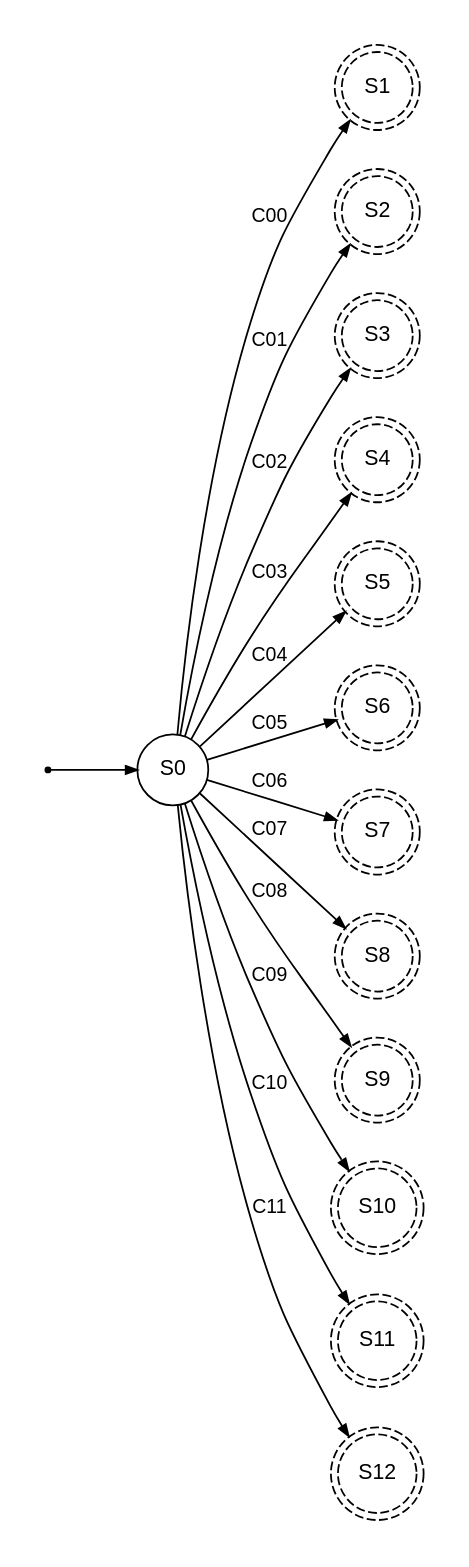
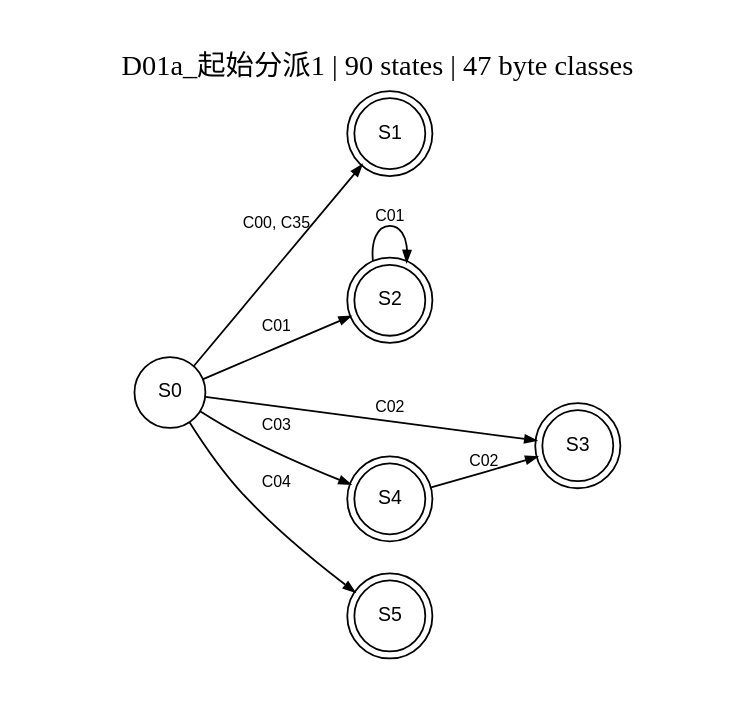
One commit to EternalLonging/AAACompilerDevelopment changed the diagram in 实验设计/LL1与图示/矢量图/D01a_起始分派1.dot. Above: the diagram before and after it, drawn with Graphviz. The commit also changed 86 other files, not shown here.

```diff
--- a/实验设计/LL1与图示/矢量图/D01a_起始分派1.dot
+++ b/实验设计/LL1与图示/矢量图/D01a_起始分派1.dot
@@ -1,27 +1,20 @@
-digraph G { graph [rankdir=LR, bgcolor="white", nodesep=0.3, ranksep=0.65, pad=0.25]; node [fontname="Arial", fontsize=12, shape=circle, width=0.55]; edge [fontname="Arial", fontsize=11, arrowsize=0.65];n0 [label="S0",shape=circle,style=solid];
-n1 [label="S1",shape=doublecircle,style=dashed];
-n2 [label="S2",shape=doublecircle,style=dashed];
-n3 [label="S3",shape=doublecircle,style=dashed];
-n4 [label="S4",shape=doublecircle,style=dashed];
-n5 [label="S5",shape=doublecircle,style=dashed];
-n6 [label="S6",shape=doublecircle,style=dashed];
-n7 [label="S7",shape=doublecircle,style=dashed];
-n8 [label="S8",shape=doublecircle,style=dashed];
-n9 [label="S9",shape=doublecircle,style=dashed];
-n10 [label="S10",shape=doublecircle,style=dashed];
-n11 [label="S11",shape=doublecircle,style=dashed];
-n12 [label="S12",shape=doublecircle,style=dashed];
-start [shape=point,width=0.04]; start -> n0;
-n0 -> n1 [label="C00"];
-n0 -> n2 [label="C01"];
-n0 -> n3 [label="C02"];
-n0 -> n4 [label="C03"];
-n0 -> n5 [label="C04"];
-n0 -> n6 [label="C05"];
-n0 -> n7 [label="C06"];
-n0 -> n8 [label="C07"];
-n0 -> n9 [label="C08"];
-n0 -> n10 [label="C09"];
-n0 -> n11 [label="C10"];
-n0 -> n12 [label="C11"];
+digraph G {
+  graph [rankdir=LR, bgcolor="white", nodesep=0.25, ranksep=0.55, pad=0.25];
+  node [fontname="Arial", fontsize=11, shape=circle, width=0.55];
+  edge [fontname="Arial", fontsize=9, arrowsize=0.6];
+  label="D01a_起始分派1 | 90 states | 47 byte classes";
+  labelloc="t"; fontsize=16;
+  n0 [label="S0", shape=circle];
+  n1 [label="S1", shape=doublecircle];
+  n2 [label="S2", shape=doublecircle];
+  n3 [label="S3", shape=doublecircle];
+  n4 [label="S4", shape=doublecircle];
+  n5 [label="S5", shape=doublecircle];
+  n0 -> n1 [label="C00, C35"];
+  n0 -> n2 [label="C01"];
+  n0 -> n3 [label="C02"];
+  n0 -> n4 [label="C03"];
+  n0 -> n5 [label="C04"];
+  n2 -> n2 [label="C01"];
+  n4 -> n3 [label="C02"];
 }
```
